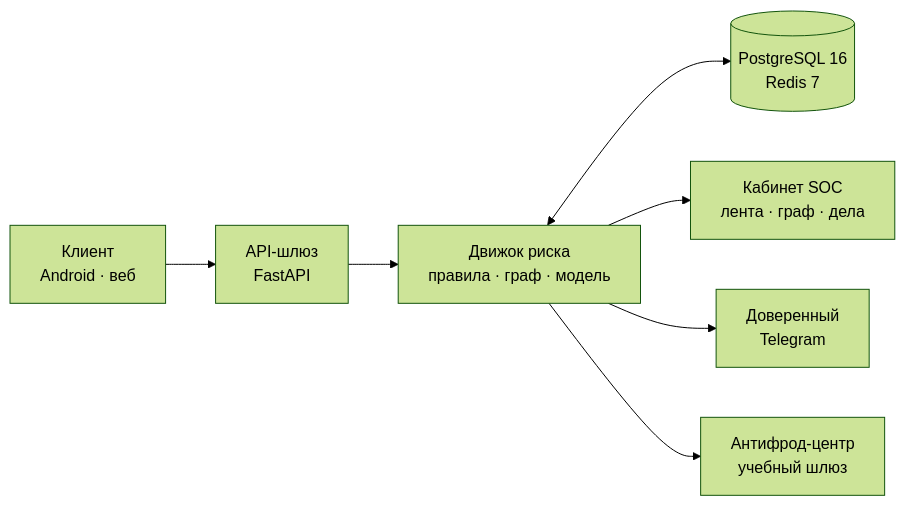
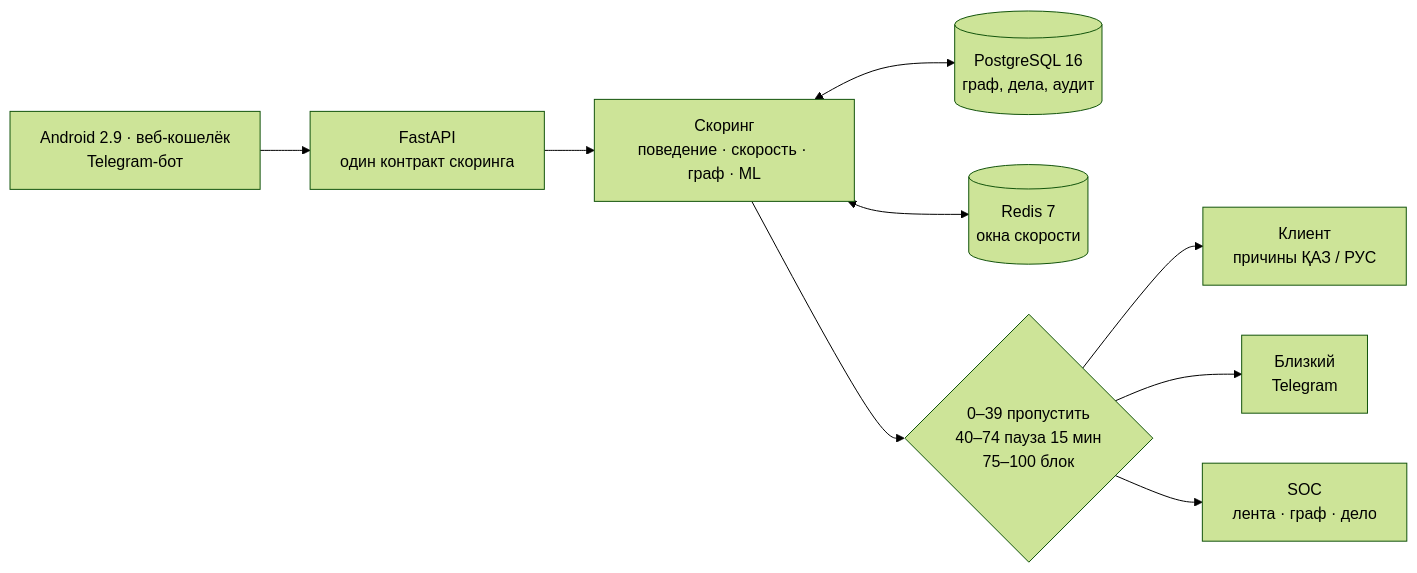
Before and after one commit to foxfordkz-cyber/qadamxbcc: the diagram in README.md, drawn with Mermaid (forest theme). The commit also changed other lines of this file and 35 other files, not shown here.

````diff
--- a/README.md
+++ b/README.md
@@ -98,9 +118,11 @@
 ```mermaid
 flowchart LR
-  C["Клиент<br/>Android · веб"] --> G["API-шлюз<br/>FastAPI"]
-  G --> E["Движок риска<br/>правила · граф · модель"]
-  E <--> D[("PostgreSQL 16<br/>Redis 7")]
-  E --> S["Кабинет SOC<br/>лента · граф · дела"]
-  E --> T["Доверенный<br/>Telegram"]
-  E --> N["Антифрод-центр<br/>учебный шлюз"]
+  C["Android 2.9 · веб-кошелёк<br/>Telegram-бот"] --> G["FastAPI<br/>один контракт скоринга"]
+  G --> E["Скоринг<br/>поведение · скорость · граф · ML"]
+  E <--> D[("PostgreSQL 16<br/>граф, дела, аудит")]
+  E <--> R[("Redis 7<br/>окна скорости")]
+  E --> X{"0–39 пропустить<br/>40–74 пауза 15 мин<br/>75–100 блок"}
+  X --> K["Клиент<br/>причины ҚАЗ / РУС"]
+  X --> T["Близкий<br/>Telegram"]
+  X --> S["SOC<br/>лента · граф · дело"]
 ```
````
